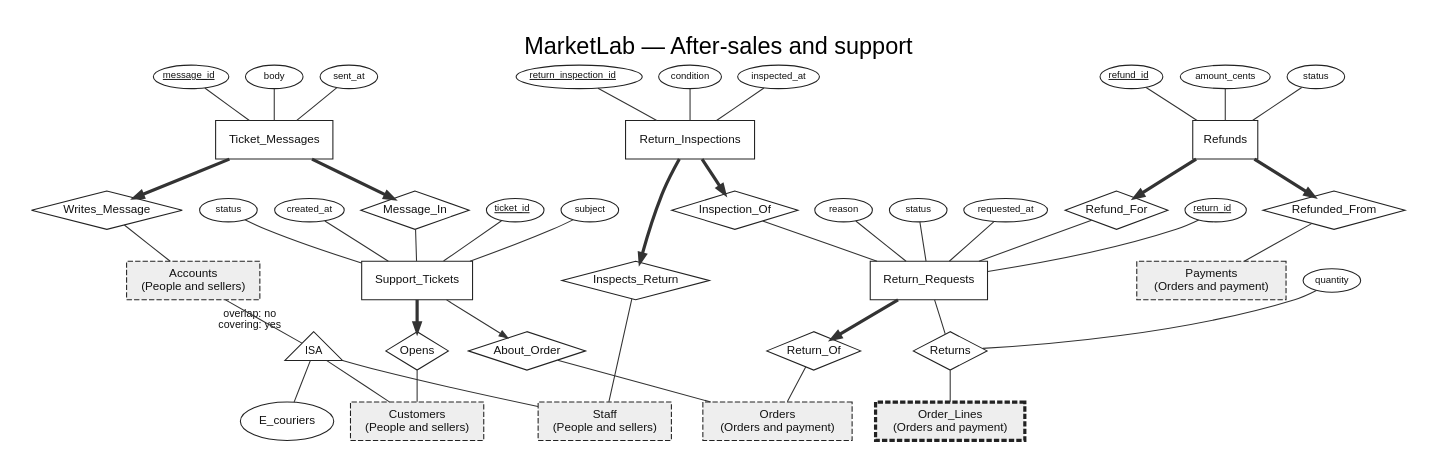
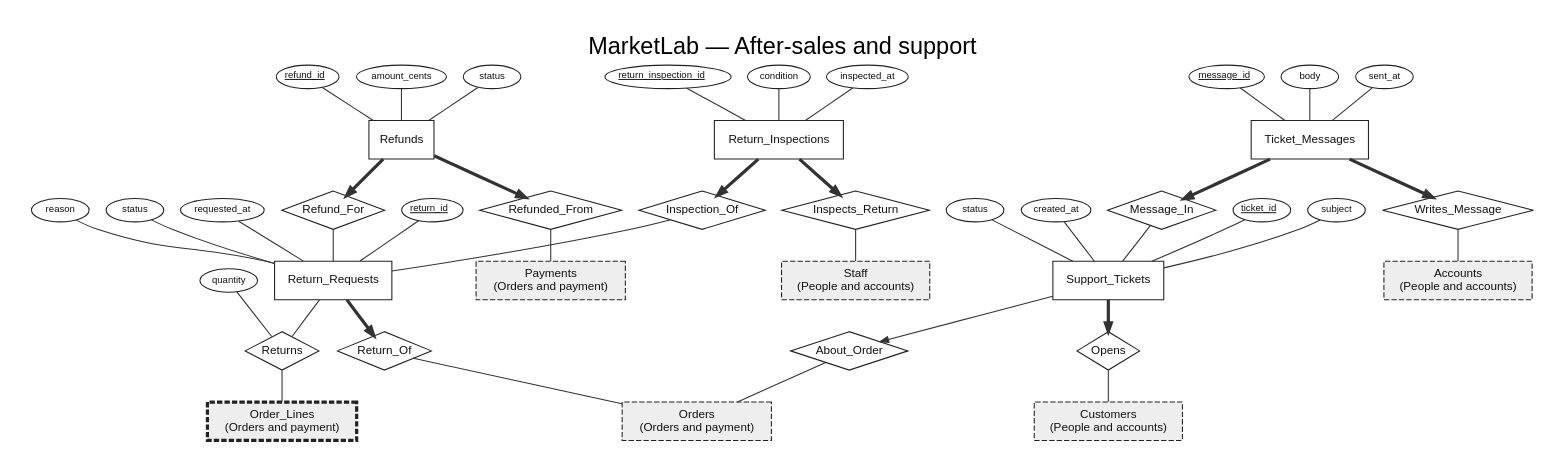
The diagram in docs/er/area-aftersales.dot (Barlassen/CS_202_Project), drawn with Graphviz before and after one commit. The commit also changed 47 other files, not shown here.

First line of the commit message:
Word submission document generated from the ER model

```diff
--- a/docs/er/area-aftersales.dot
+++ b/docs/er/area-aftersales.dot
@@ -1,93 +1,88 @@
 digraph ER {
 graph [compound=true, rankdir=TB, newrank=true, nodesep=0.22, ranksep=0.42, fontname="Helvetica", fontsize=22, labelloc=t, label="MarketLab — After-sales and support", pad=0.3];
 node [fontname="Helvetica", fontsize=11, color="#222222", fontcolor="#111111"];
 edge [color="#333333", arrowsize=0.8, fontname="Helvetica", fontsize=9];
 E_accounts [shape=box, style="filled,dashed", fillcolor="#eeeeee", penwidth=1, label="Accounts
-(People and sellers)"];
+(People and accounts)"];
 E_customers [shape=box, style="filled,dashed", fillcolor="#eeeeee", penwidth=1, label="Customers
-(People and sellers)"];
+(People and accounts)"];
 E_order_lines [shape=box, style="filled,dashed", fillcolor="#eeeeee", penwidth=3, label="Order_Lines
 (Orders and payment)"];
 E_orders [shape=box, style="filled,dashed", fillcolor="#eeeeee", penwidth=1, label="Orders
 (Orders and payment)"];
 E_payments [shape=box, style="filled,dashed", fillcolor="#eeeeee", penwidth=1, label="Payments
 (Orders and payment)"];
 E_refunds [shape=box, penwidth=1, label="Refunds"];
 A__refunds__refund_id [shape=ellipse, fontsize=9, margin="0.04,0.02", height=0.3, label=<<U>refund_id</U>>];
 A__refunds__refund_id -> E_refunds [dir=none];
 A__refunds__amount_cents [shape=ellipse, fontsize=9, margin="0.04,0.02", height=0.3, label="amount_cents"];
 A__refunds__amount_cents -> E_refunds [dir=none];
 A__refunds__status [shape=ellipse, fontsize=9, margin="0.04,0.02", height=0.3, label="status"];
 A__refunds__status -> E_refunds [dir=none];
 E_return_inspections [shape=box, penwidth=1, label="Return_Inspections"];
 A__return_inspections__return_inspection_id [shape=ellipse, fontsize=9, margin="0.04,0.02", height=0.3, label=<<U>return_inspection_id</U>>];
 A__return_inspections__return_inspection_id -> E_return_inspections [dir=none];
 A__return_inspections__condition [shape=ellipse, fontsize=9, margin="0.04,0.02", height=0.3, label="condition"];
 A__return_inspections__condition -> E_return_inspections [dir=none];
 A__return_inspections__inspected_at [shape=ellipse, fontsize=9, margin="0.04,0.02", height=0.3, label="inspected_at"];
 A__return_inspections__inspected_at -> E_return_inspections [dir=none];
 E_return_requests [shape=box, penwidth=1, label="Return_Requests"];
 A__return_requests__return_id [shape=ellipse, fontsize=9, margin="0.04,0.02", height=0.3, label=<<U>return_id</U>>];
 A__return_requests__return_id -> E_return_requests [dir=none];
 A__return_requests__reason [shape=ellipse, fontsize=9, margin="0.04,0.02", height=0.3, label="reason"];
 A__return_requests__reason -> E_return_requests [dir=none];
 A__return_requests__status [shape=ellipse, fontsize=9, margin="0.04,0.02", height=0.3, label="status"];
 A__return_requests__status -> E_return_requests [dir=none];
 A__return_requests__requested_at [shape=ellipse, fontsize=9, margin="0.04,0.02", height=0.3, label="requested_at"];
 A__return_requests__requested_at -> E_return_requests [dir=none];
 E_staff [shape=box, style="filled,dashed", fillcolor="#eeeeee", penwidth=1, label="Staff
-(People and sellers)"];
+(People and accounts)"];
 E_support_tickets [shape=box, penwidth=1, label="Support_Tickets"];
 A__support_tickets__ticket_id [shape=ellipse, fontsize=9, margin="0.04,0.02", height=0.3, label=<<U>ticket_id</U>>];
 A__support_tickets__ticket_id -> E_support_tickets [dir=none];
 A__support_tickets__subject [shape=ellipse, fontsize=9, margin="0.04,0.02", height=0.3, label="subject"];
 A__support_tickets__subject -> E_support_tickets [dir=none];
 A__support_tickets__status [shape=ellipse, fontsize=9, margin="0.04,0.02", height=0.3, label="status"];
 A__support_tickets__status -> E_support_tickets [dir=none];
 A__support_tickets__created_at [shape=ellipse, fontsize=9, margin="0.04,0.02", height=0.3, label="created_at"];
 A__support_tickets__created_at -> E_support_tickets [dir=none];
 E_ticket_messages [shape=box, penwidth=1, label="Ticket_Messages"];
 A__ticket_messages__message_id [shape=ellipse, fontsize=9, margin="0.04,0.02", height=0.3, label=<<U>message_id</U>>];
 A__ticket_messages__message_id -> E_ticket_messages [dir=none];
 A__ticket_messages__body [shape=ellipse, fontsize=9, margin="0.04,0.02", height=0.3, label="body"];
 A__ticket_messages__body -> E_ticket_messages [dir=none];
 A__ticket_messages__sent_at [shape=ellipse, fontsize=9, margin="0.04,0.02", height=0.3, label="sent_at"];
 A__ticket_messages__sent_at -> E_ticket_messages [dir=none];
 R82 [shape=diamond, penwidth=1, margin="0.02,0.02", label="Return_Of"];
 E_return_requests -> R82 [dir=forward, arrowhead=normal, penwidth=3];
 R82 -> E_orders [dir=none];
 R83 [shape=diamond, penwidth=1, margin="0.02,0.02", label="Refunded_From"];
 E_refunds -> R83 [dir=forward, arrowhead=normal, penwidth=3];
 R83 -> E_payments [dir=none];
 R84 [shape=diamond, penwidth=1, margin="0.02,0.02", label="Refund_For"];
 E_refunds -> R84 [dir=forward, arrowhead=normal, penwidth=3];
 R84 -> E_return_requests [dir=none];
 R85 [shape=diamond, penwidth=1, margin="0.02,0.02", label="Inspects_Return"];
 E_return_inspections -> R85 [dir=forward, arrowhead=normal, penwidth=3];
 R85 -> E_staff [dir=none];
 R86 [shape=diamond, penwidth=1, margin="0.02,0.02", label="Inspection_Of"];
 E_return_inspections -> R86 [dir=forward, arrowhead=normal, penwidth=3];
 R86 -> E_return_requests [dir=none];
 R87 [shape=diamond, penwidth=1, margin="0.02,0.02", label="About_Order"];
 E_support_tickets -> R87 [dir=forward, arrowhead=normal];
 R87 -> E_orders [dir=none];
 R88 [shape=diamond, penwidth=1, margin="0.02,0.02", label="Opens"];
 E_support_tickets -> R88 [dir=forward, arrowhead=normal, penwidth=3];
 R88 -> E_customers [dir=none];
 R89 [shape=diamond, penwidth=1, margin="0.02,0.02", label="Writes_Message"];
 E_ticket_messages -> R89 [dir=forward, arrowhead=normal, penwidth=3];
 R89 -> E_accounts [dir=none];
 R90 [shape=diamond, penwidth=1, margin="0.02,0.02", label="Message_In"];
 E_ticket_messages -> R90 [dir=forward, arrowhead=normal, penwidth=3];
 R90 -> E_support_tickets [dir=none];
 R102 [shape=diamond, penwidth=1, margin="0.02,0.02", label="Returns"];
 RA102__quantity [shape=ellipse, fontsize=9, margin="0.04,0.02", height=0.3, label="quantity"];
 RA102__quantity -> R102 [dir=none];
 E_return_requests -> R102 [dir=none];
 R102 -> E_order_lines [dir=none];
-ISA [shape=triangle, label="ISA", fontsize=10, margin=0, xlabel="overlap: no\ncovering: yes"];
-E_accounts -> ISA [dir=none];
-ISA -> E_customers [dir=none];
-ISA -> E_staff [dir=none];
-ISA -> E_couriers [dir=none];
 }
```
